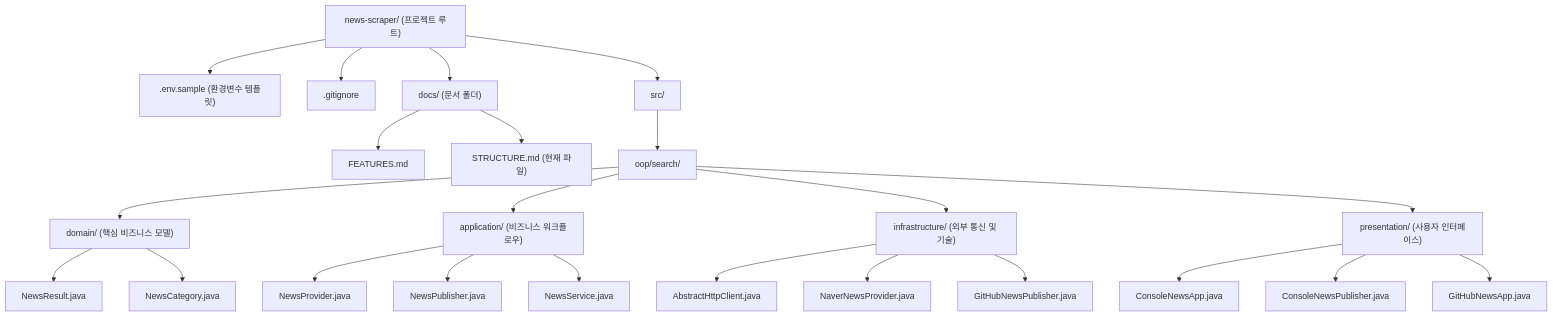
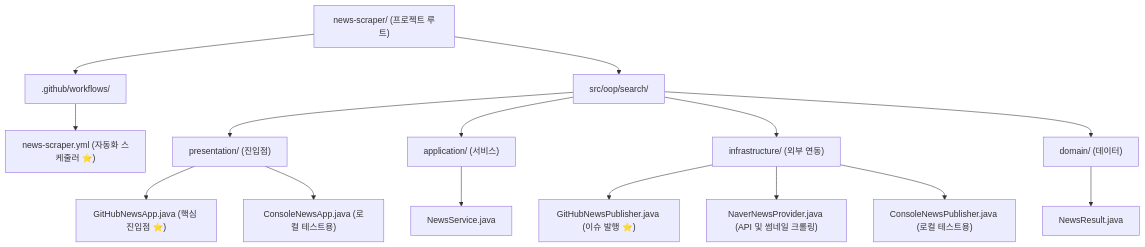
Before and after one commit to ImJhoon/news-scraper: the diagram in docs/STRUCTURE.md, drawn with Mermaid. The commit also changed other lines of this file, not shown here.

Commit message:
docs: STRUCTURE.md 내용 최신화 및 GitHub Actions 핵심 워크플로우 위주로 재구성

````diff
--- a/docs/STRUCTURE.md
+++ b/docs/STRUCTURE.md
@@ -5,40 +8,30 @@
 ```mermaid
 graph TD
     Root["news-scraper/ (프로젝트 루트)"]
     
-    %% 최상위 설정 파일
-    Root --> EnvSample[".env.sample (환경변수 템플릿)"]
-    Root --> GitIgnore[".gitignore"]
-    
-    %% 문서
-    Root --> Docs["docs/ (문서 폴더)"]
-    Docs --> FeaturesMD["FEATURES.md"]
-    Docs --> StructureMD["STRUCTURE.md (현재 파일)"]
+    %% GitHub Actions (핵심)
+    Root --> GithubDir[".github/workflows/"]
+    GithubDir --> GithubActions["news-scraper.yml (자동화 스케줄러 ⭐️)"]
     
     %% 소스 코드 루트
-    Root --> Src["src/"]
-    Src --> OOP["oop/search/"]
+    Root --> Src["src/oop/search/"]
     
-    %% 도메인 계층
-    OOP --> Domain["domain/ (핵심 비즈니스 모델)"]
-    Domain --> NewsResult["NewsResult.java"]
-    Domain --> NewsCategory["NewsCategory.java"]
+    %% 프레젠테이션 계층
+    Src --> Presentation["presentation/ (진입점)"]
+    Presentation --> GitHubNewsApp["GitHubNewsApp.java (핵심 진입점 ⭐️)"]
+    Presentation --> ConsoleNewsApp["ConsoleNewsApp.java (로컬 테스트용)"]
     
     %% 애플리케이션 계층
-    OOP --> App["application/ (비즈니스 워크플로우)"]
-    App --> NewsProvider["NewsProvider.java"]
-    App --> NewsPublisher["NewsPublisher.java"]
+    Src --> App["application/ (서비스)"]
     App --> NewsService["NewsService.java"]
     
     %% 인프라스트럭처 계층
-    OOP --> Infra["infrastructure/ (외부 통신 및 기술)"]
-    Infra --> AbstractHttpClient["AbstractHttpClient.java"]
-    Infra --> NaverNewsProvider["NaverNewsProvider.java"]
-    Infra --> GitHubNewsPublisher["GitHubNewsPublisher.java"]
+    Src --> Infra["infrastructure/ (외부 연동)"]
+    Infra --> GitHubNewsPublisher["GitHubNewsPublisher.java (이슈 발행 ⭐️)"]
+    Infra --> NaverNewsProvider["NaverNewsProvider.java (API 및 썸네일 크롤링)"]
+    Infra --> ConsoleNewsPublisher["ConsoleNewsPublisher.java (로컬 테스트용)"]
     
-    %% 프레젠테이션 계층
-    OOP --> Presentation["presentation/ (사용자 인터페이스)"]
-    Presentation --> ConsoleNewsApp["ConsoleNewsApp.java"]
-    Presentation --> ConsoleNewsPublisher["ConsoleNewsPublisher.java"]
-    Presentation --> GitHubNewsApp["GitHubNewsApp.java"]
+    %% 도메인 계층
+    Src --> Domain["domain/ (데이터)"]
+    Domain --> NewsResult["NewsResult.java"]
 ```
````
